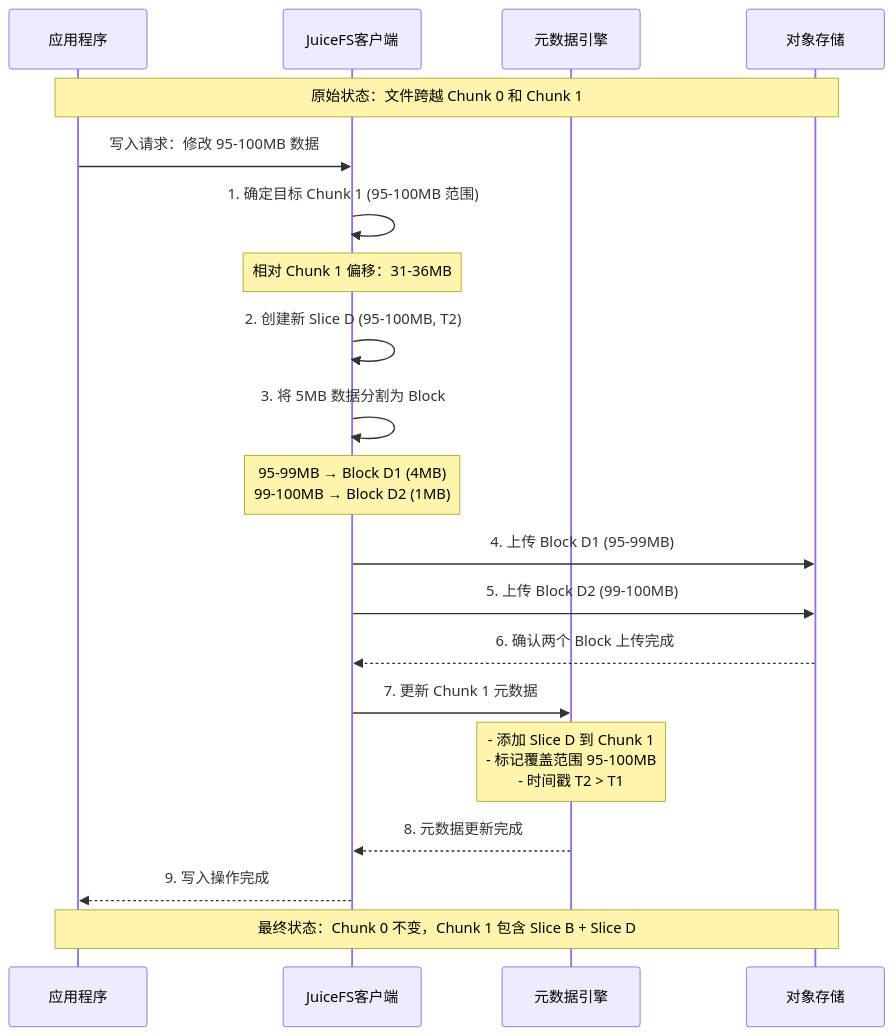
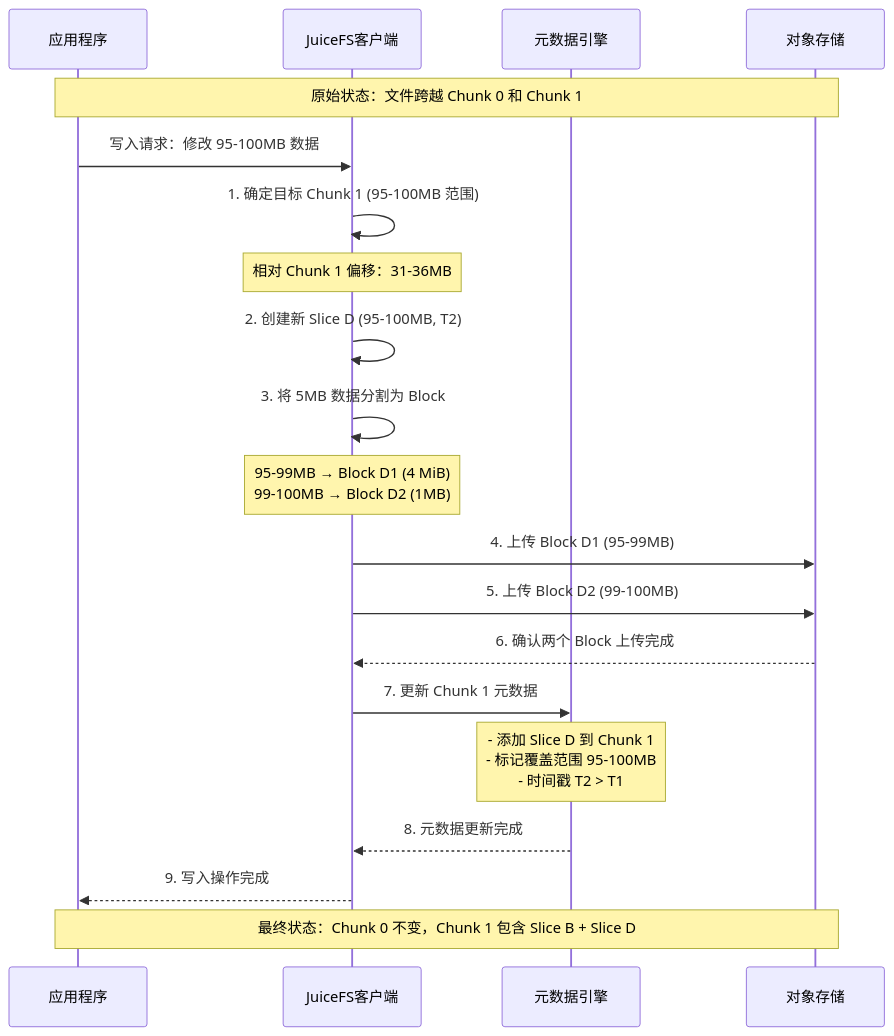
Before and after one commit to ForceInjection/AI-fundamentals: diagram 11 of 12 in 04_cloud_native_ai_platform/storage/juicefs/01_juicefs_file_modification_mechanism_analysis.md, drawn with Mermaid. The commit also changed other lines of this file and 26 other files, not shown here.

````diff
--- a/04_cloud_native_ai_platform/storage/juicefs/01_juicefs_file_modification_mechanism_analysis.md
+++ b/04_cloud_native_ai_platform/storage/juicefs/01_juicefs_file_modification_mechanism_analysis.md
@@ -597,25 +572,25 @@
 ```mermaid
 sequenceDiagram
     participant App as 应用程序
     participant JFS as JuiceFS客户端
     participant Meta as 元数据引擎
     participant Store as 对象存储
     
     Note over App,Store: 原始状态：文件跨越 Chunk 0 和 Chunk 1
     
     App->>JFS: 写入请求：修改 95-100MB 数据
     JFS->>JFS: 1. 确定目标 Chunk 1 (95-100MB 范围)
     Note over JFS: 相对 Chunk 1 偏移：31-36MB
     JFS->>JFS: 2. 创建新 Slice D (95-100MB, T2)
     JFS->>JFS: 3. 将 5MB 数据分割为 Block
-    Note over JFS: 95-99MB → Block D1 (4MB)<br/>99-100MB → Block D2 (1MB)
+    Note over JFS: 95-99MB → Block D1 (4 MiB)<br/>99-100MB → Block D2 (1MB)
     JFS->>Store: 4. 上传 Block D1 (95-99MB)
     JFS->>Store: 5. 上传 Block D2 (99-100MB)
     Store-->>JFS: 6. 确认两个 Block 上传完成
     JFS->>Meta: 7. 更新 Chunk 1 元数据
     Note over Meta: - 添加 Slice D 到 Chunk 1<br/>- 标记覆盖范围 95-100MB<br/>- 时间戳 T2 > T1
     Meta-->>JFS: 8. 元数据更新完成
     JFS-->>App: 9. 写入操作完成
     
     Note over App,Store: 最终状态：Chunk 0 不变，Chunk 1 包含 Slice B + Slice D
 ```
````
